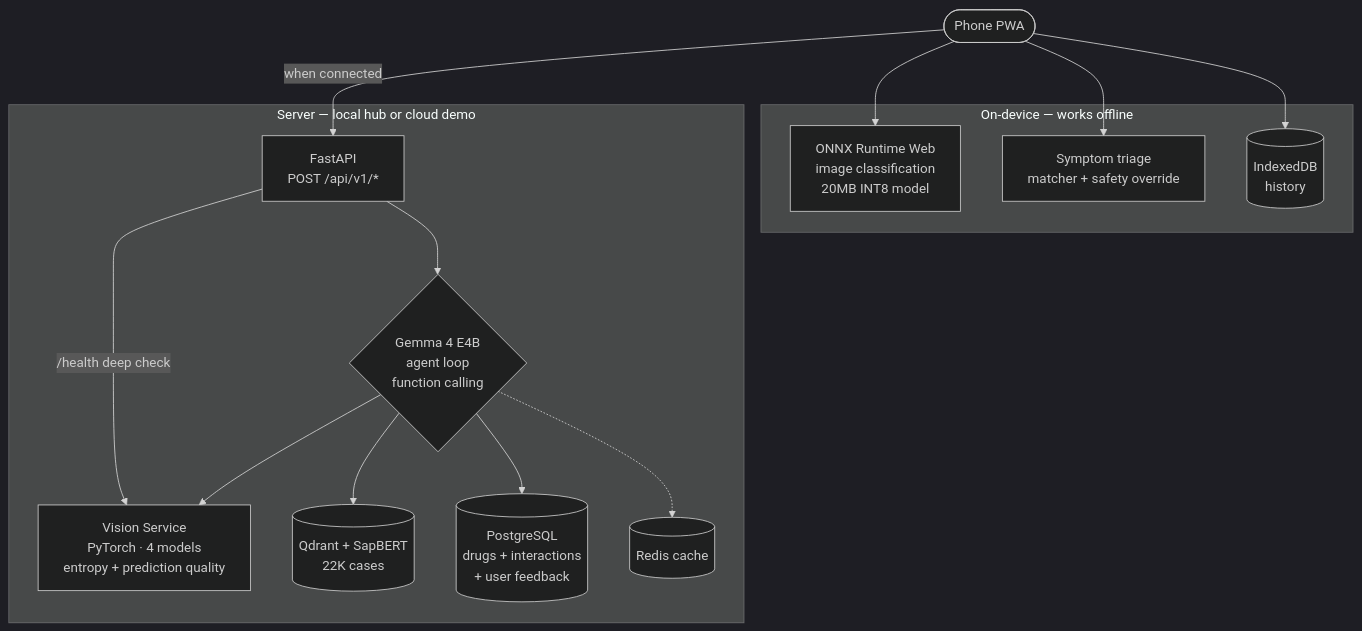
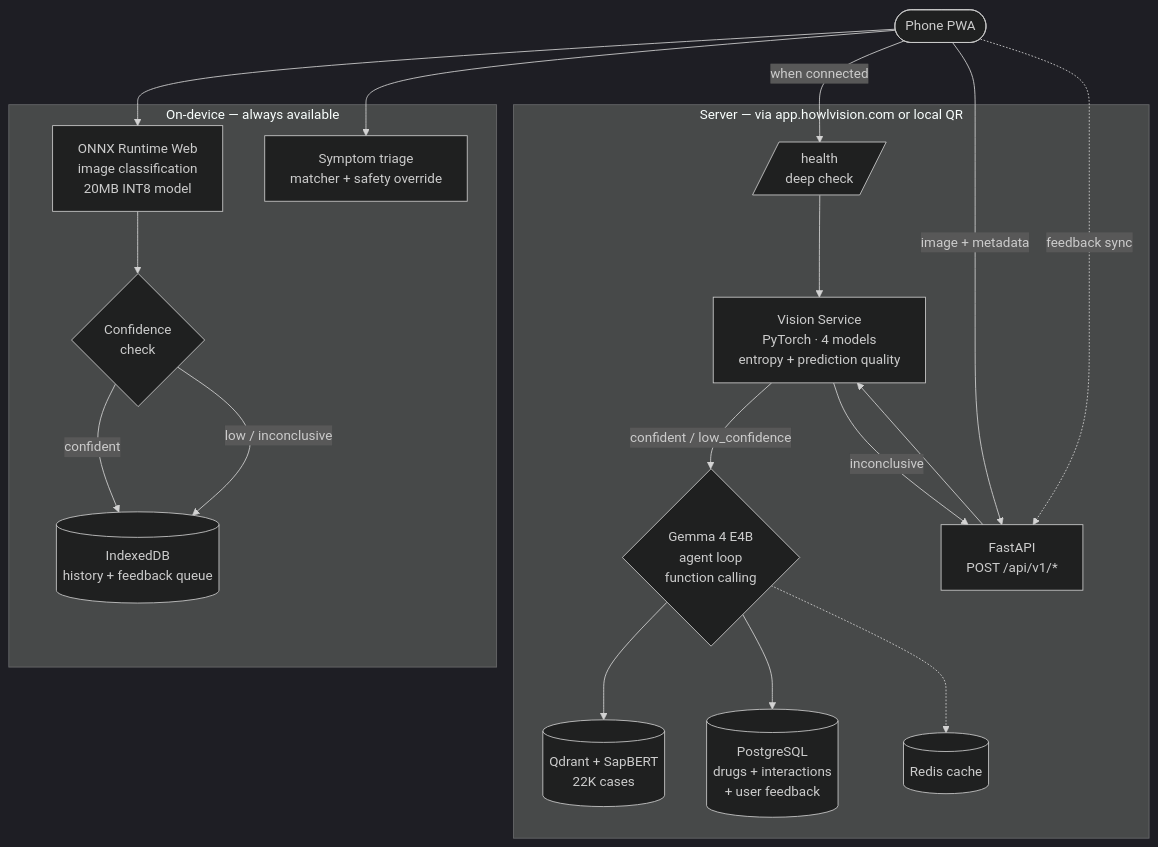
Before and after one commit to ikchain/howl-vision: the diagram in README.md, drawn with Mermaid (dark theme). The commit also changed other lines of this file, not shown here.

Commit message:
DOCS: Rewrite README modes + architecture diagram

````diff
--- a/README.md
+++ b/README.md
@@ -70,31 +71,38 @@
 ```mermaid
 flowchart TD
     P([Phone PWA])
 
-    subgraph OFFLINE["On-device — works offline"]
+    subgraph OFFLINE["On-device — always available"]
         ONNX[ONNX Runtime Web<br/>image classification<br/>20MB INT8 model]
+        CQ{Confidence<br/>check}
         TR[Symptom triage<br/>matcher + safety override]
-        IDB[(IndexedDB<br/>history)]
+        FB_LOCAL[(IndexedDB<br/>history + feedback queue)]
     end
 
-    subgraph SERVER["Server — local hub or cloud demo"]
+    subgraph SERVER["Server — via app.howlvision.com or local QR"]
+        HEALTH[/health<br/>deep check/]
         API[FastAPI<br/>POST /api/v1/*]
+        VS[Vision Service<br/>PyTorch · 4 models<br/>entropy + prediction quality]
         AG{Gemma 4 E4B<br/>agent loop<br/>function calling}
-        VS[Vision Service<br/>PyTorch · 4 models<br/>entropy + prediction quality]
         Q[(Qdrant + SapBERT<br/>22K cases)]
         PG[(PostgreSQL<br/>drugs + interactions<br/>+ user feedback)]
         R[(Redis cache)]
 
-        API --> AG
-        AG --> VS
+        HEALTH --> VS
+        API --> VS
+        VS -->|confident / low_confidence| AG
+        VS -->|inconclusive| API
         AG --> Q
         AG --> PG
         AG -.-> R
     end
 
     P --> ONNX
+    ONNX --> CQ
+    CQ -->|confident| FB_LOCAL
+    CQ -->|low / inconclusive| FB_LOCAL
     P --> TR
-    P --> IDB
-    P -->|when connected| API
-    API -->|/health deep check| VS
+    P -->|when connected| HEALTH
+    P -->|image + metadata| API
+    P -.->|feedback sync| API
 ```
````
